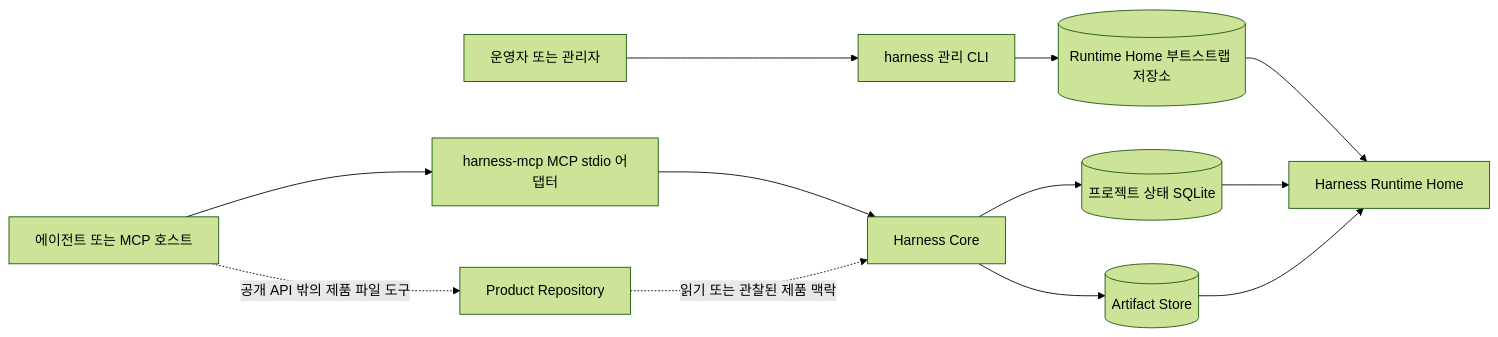
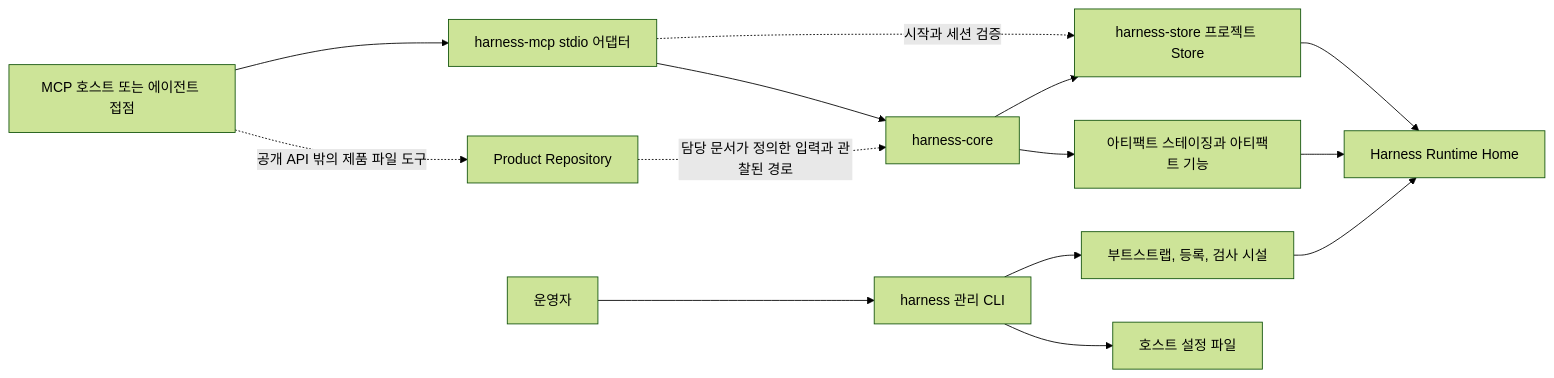
The first of 3 diagrams in docs/ko/build/architecture.md (minjungw00/Harness_Project), drawn with Mermaid (forest theme) before and after one commit. The commit also changed other lines of this file and 1 other file, not shown here.

Commit message:
docs: document the implementation architecture

````diff
--- a/docs/ko/build/architecture.md
+++ b/docs/ko/build/architecture.md
@@ -20,25 +11,30 @@
 ```mermaid
 flowchart LR
-  host[에이전트 또는 MCP 호스트]
-  mcp[harness-mcp MCP stdio 어댑터]
-  operator[운영자 또는 관리자]
-  cli[harness 관리 CLI]
-  core[Harness Core]
-  sqlite[(프로젝트 상태 SQLite)]
-  bootstrap[(Runtime Home 부트스트랩 저장소)]
-  artifacts[(Artifact Store)]
-  runtime[Harness Runtime Home]
-  product[Product Repository]
+  host[MCP 호스트 또는 에이전트 접점]
+  mcp["harness-mcp stdio 어댑터"]
+  core["harness-core"]
+  store["harness-store 프로젝트 Store"]
+  artifacts[아티팩트 스테이징과 아티팩트 기능]
+  operator[운영자]
+  cli["harness 관리 CLI"]
+  bootstrap[부트스트랩, 등록, 검사 시설]
+  runtime["Harness Runtime Home"]
+  config[호스트 설정 파일]
+  product["Product Repository"]
 
   host --> mcp
   mcp --> core
+  mcp -. 시작과 세션 검증 .-> store
+  core --> store
+  core --> artifacts
+  store --> runtime
+  artifacts --> runtime
+
   operator --> cli
   cli --> bootstrap
-  core --> sqlite
-  core --> artifacts
+  cli --> config
   bootstrap --> runtime
-  sqlite --> runtime
-  artifacts --> runtime
-  product -. 읽기 또는 관찰된 제품 맥락 .-> core
+
+  product -. 담당 문서가 정의한 입력과 관찰된 경로 .-> core
   host -. 공개 API 밖의 제품 파일 도구 .-> product
 ```
````
